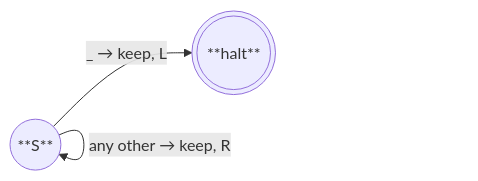
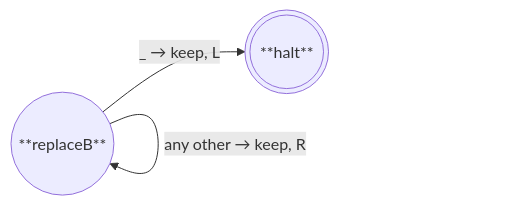
Before and after one commit to mellonis/turing-machine-js: the first of 8 diagrams in packages/machine/README.md, drawn with Mermaid. The commit also changed other lines of this file and 2 other files, not shown here.

First line of the commit message:
docs: dual diagrams (hand-drawn + engine-generated in <details>) + tests

````diff
--- a/packages/machine/README.md
+++ b/packages/machine/README.md
@@ -57,8 +57,8 @@
 ```mermaid
 flowchart LR
-    S(("**S**"))
+    S(("**replaceB**"))
     H((("**halt**")))
     S -- "b → *, R" --> S
     S -- "_ → keep, L" --> H
     S -- "any other → keep, R" --> S
 ```
````
